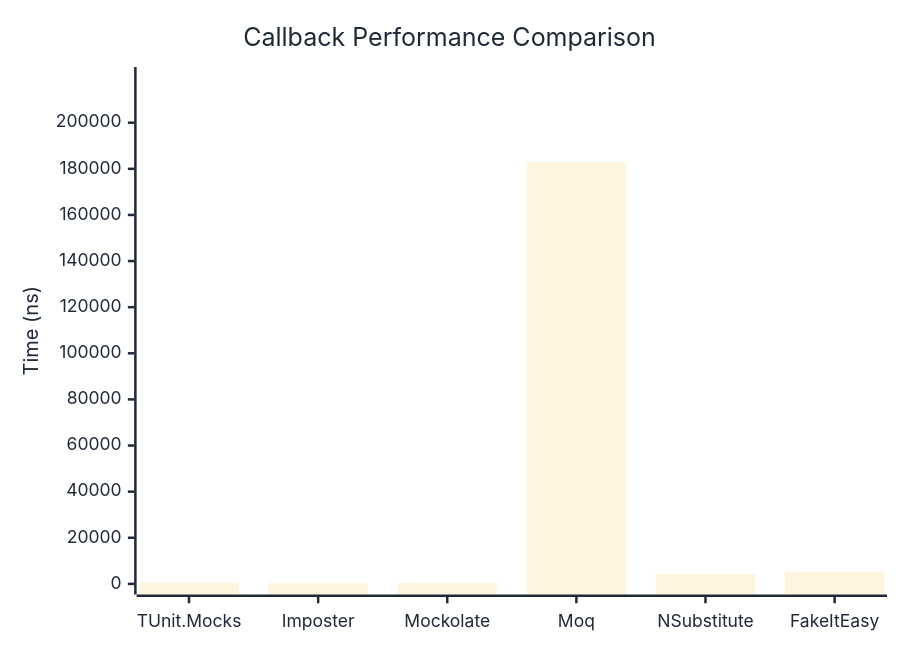
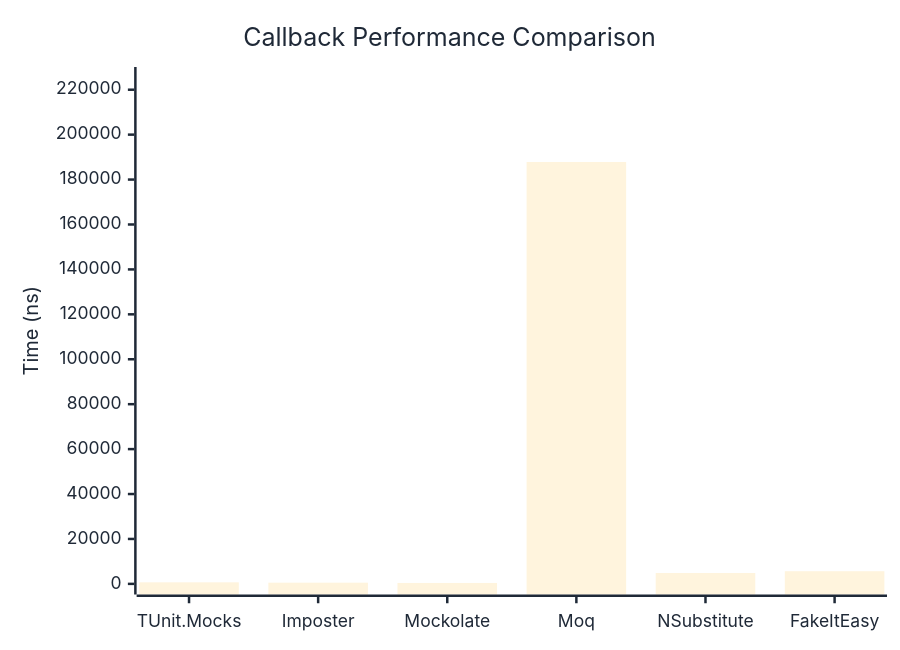
One commit to thomhurst/TUnit changed the first of 2 diagrams in docs/docs/benchmarks/mocks/Callback.md. Above: the diagram before and after it, drawn with Mermaid. The commit also changed other lines of this file and 14 other files, not shown here.

````diff
--- a/docs/docs/benchmarks/mocks/Callback.md
+++ b/docs/docs/benchmarks/mocks/Callback.md
@@ -28,27 +28,27 @@
 ```mermaid
 %%{init: {
   'theme':'base',
   'themeVariables': {
     'primaryColor': '#2563eb',
     'primaryTextColor': '#1f2937',
     'primaryBorderColor': '#1e40af',
     'lineColor': '#6b7280',
     'secondaryColor': '#7c3aed',
     'tertiaryColor': '#dc2626',
     'background': '#ffffff',
     'pie1': '#2563eb',
     'pie2': '#7c3aed',
     'pie3': '#dc2626',
     'pie4': '#f59e0b',
     'pie5': '#10b981',
     'pie6': '#06b6d4',
     'pie7': '#ec4899',
     'pie8': '#6366f1'
   }
 }}%%
 xychart-beta
   title "Callback Performance Comparison"
   x-axis ["TUnit.Mocks", "Imposter", "Mockolate", "Moq", "NSubstitute", "FakeItEasy"]
-  y-axis "Time (ns)" 0 --> 219554
-  bar [605.6, 484, 364.9, 182961.2, 4297.8, 5108.9]
+  y-axis "Time (ns)" 0 --> 225382
+  bar [691.4, 529.7, 404, 187818, 4835.2, 5631.2]
 ```
````
